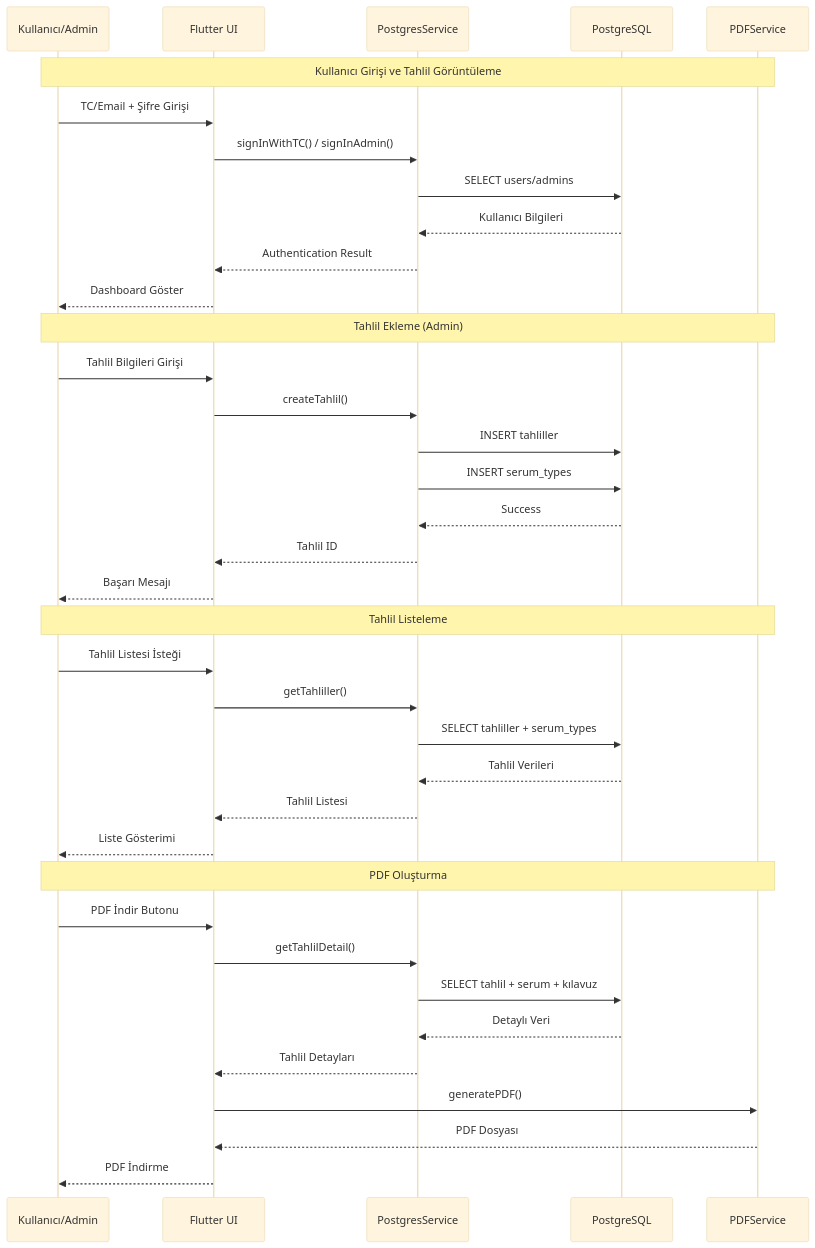
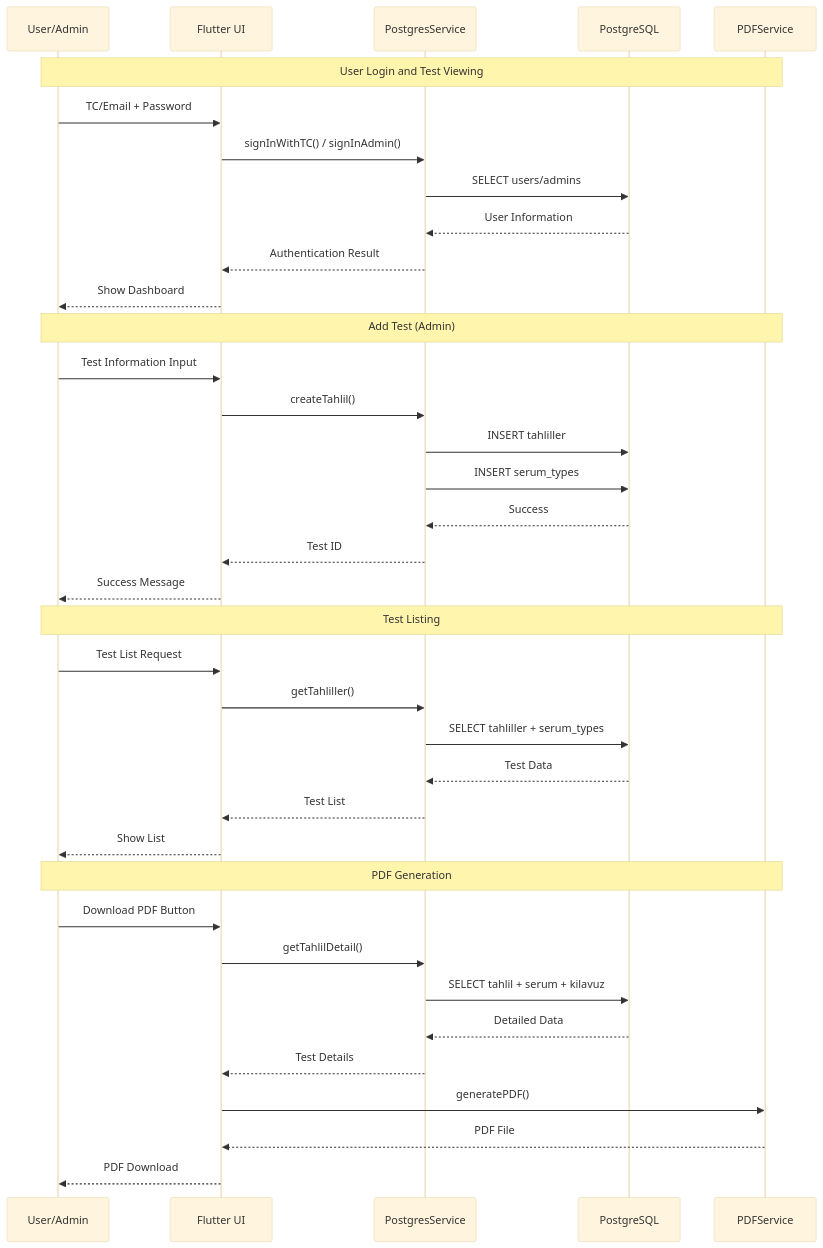
The fourth of 5 diagrams in README.md (diclebolek/E_Lab_System), drawn with Mermaid (base theme) before and after one commit. The commit also changed other lines of this file, not shown here.

Commit message:
Mermaid diyagramlarÄ± GitHub uyumluluÄŸu iÃ§in dÃ¼zeltildi

````diff
--- a/README.md
+++ b/README.md
@@ -435,43 +435,43 @@
 ```mermaid
 sequenceDiagram
-    participant U as Kullanıcı/Admin
+    participant U as User/Admin
     participant UI as Flutter UI
     participant PS as PostgresService
     participant DB as PostgreSQL
     participant PDF as PDFService
     
-    Note over U,PDF: Kullanıcı Girişi ve Tahlil Görüntüleme
-    U->>UI: TC/Email + Şifre Girişi
+    Note over U,PDF: User Login and Test Viewing
+    U->>UI: TC/Email + Password
     UI->>PS: signInWithTC() / signInAdmin()
     PS->>DB: SELECT users/admins
-    DB-->>PS: Kullanıcı Bilgileri
+    DB-->>PS: User Information
     PS-->>UI: Authentication Result
-    UI-->>U: Dashboard Göster
+    UI-->>U: Show Dashboard
     
-    Note over U,PDF: Tahlil Ekleme (Admin)
-    U->>UI: Tahlil Bilgileri Girişi
+    Note over U,PDF: Add Test (Admin)
+    U->>UI: Test Information Input
     UI->>PS: createTahlil()
     PS->>DB: INSERT tahliller
     PS->>DB: INSERT serum_types
     DB-->>PS: Success
-    PS-->>UI: Tahlil ID
-    UI-->>U: Başarı Mesajı
+    PS-->>UI: Test ID
+    UI-->>U: Success Message
     
-    Note over U,PDF: Tahlil Listeleme
-    U->>UI: Tahlil Listesi İsteği
+    Note over U,PDF: Test Listing
+    U->>UI: Test List Request
     UI->>PS: getTahliller()
     PS->>DB: SELECT tahliller + serum_types
-    DB-->>PS: Tahlil Verileri
-    PS-->>UI: Tahlil Listesi
-    UI-->>U: Liste Gösterimi
+    DB-->>PS: Test Data
+    PS-->>UI: Test List
+    UI-->>U: Show List
     
-    Note over U,PDF: PDF Oluşturma
-    U->>UI: PDF İndir Butonu
+    Note over U,PDF: PDF Generation
+    U->>UI: Download PDF Button
     UI->>PS: getTahlilDetail()
-    PS->>DB: SELECT tahlil + serum + kılavuz
-    DB-->>PS: Detaylı Veri
-    PS-->>UI: Tahlil Detayları
+    PS->>DB: SELECT tahlil + serum + kilavuz
+    DB-->>PS: Detailed Data
+    PS-->>UI: Test Details
     UI->>PDF: generatePDF()
-    PDF-->>UI: PDF Dosyası
-    UI-->>U: PDF İndirme
+    PDF-->>UI: PDF File
+    UI-->>U: PDF Download
 ```
````
